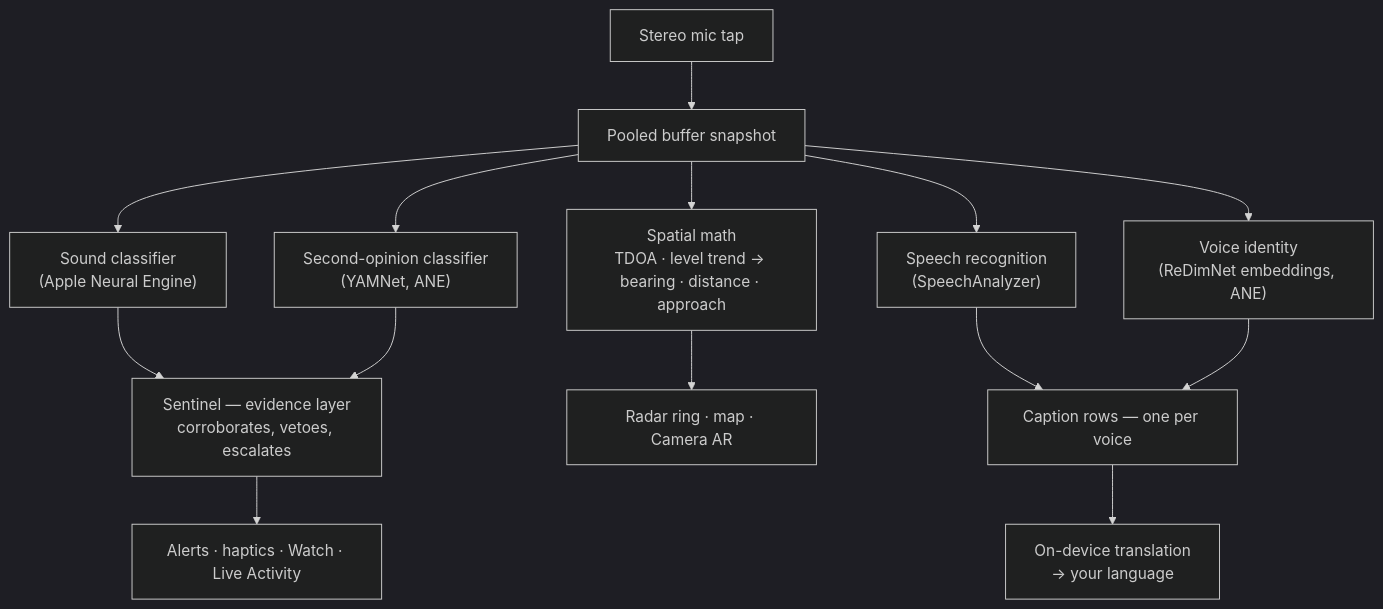
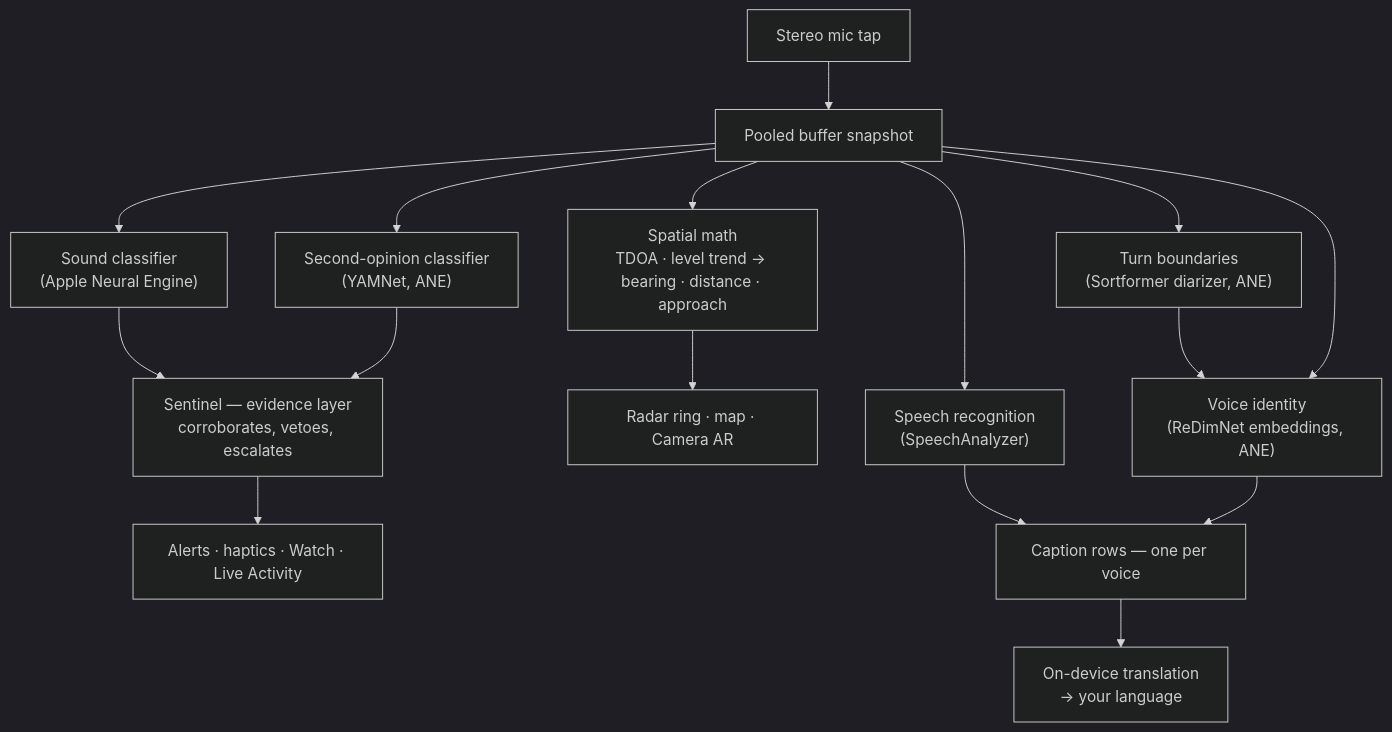
Before and after one commit to rpalm01-star/VigilantEarLegal: the second of 4 diagrams in README.md, drawn with Mermaid (dark theme). The commit also changed other lines of this file and 12 other files, not shown here.

````diff
--- a/README.md
+++ b/README.md
@@ -124,16 +124,18 @@
 ```mermaid
 graph TD
     A["Stereo mic tap"] --> B["Pooled buffer snapshot"]
     B --> C["Sound classifier<br/>(Apple Neural Engine)"]
     B --> Y["Second-opinion classifier<br/>(YAMNet, ANE)"]
     C --> S["Sentinel — evidence layer<br/>corroborates, vetoes, escalates"]
     Y --> S
     S --> H["Alerts · haptics · Watch · Live Activity"]
     B --> D["Spatial math<br/>TDOA · level trend → bearing · distance · approach"]
     D --> R["Radar ring · map · Camera AR"]
     B --> F["Speech recognition<br/>(SpeechAnalyzer)"]
-    B --> E["Voice identity<br/>(ReDimNet embeddings, ANE)"]
+    B --> N["Turn boundaries<br/>(Sortformer diarizer, ANE)"]
+    N --> E["Voice identity<br/>(ReDimNet embeddings, ANE)"]
+    B --> E
     F --> G["Caption rows — one per voice"]
     E --> G
     G --> T["On-device translation<br/>→ your language"]
 ```
````
